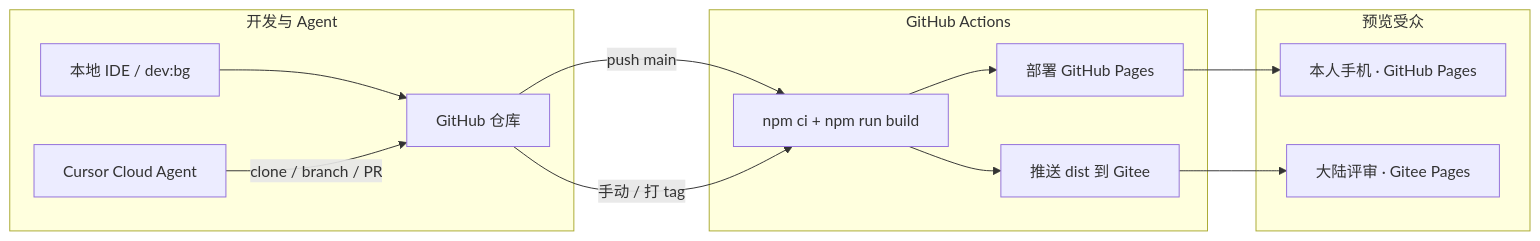
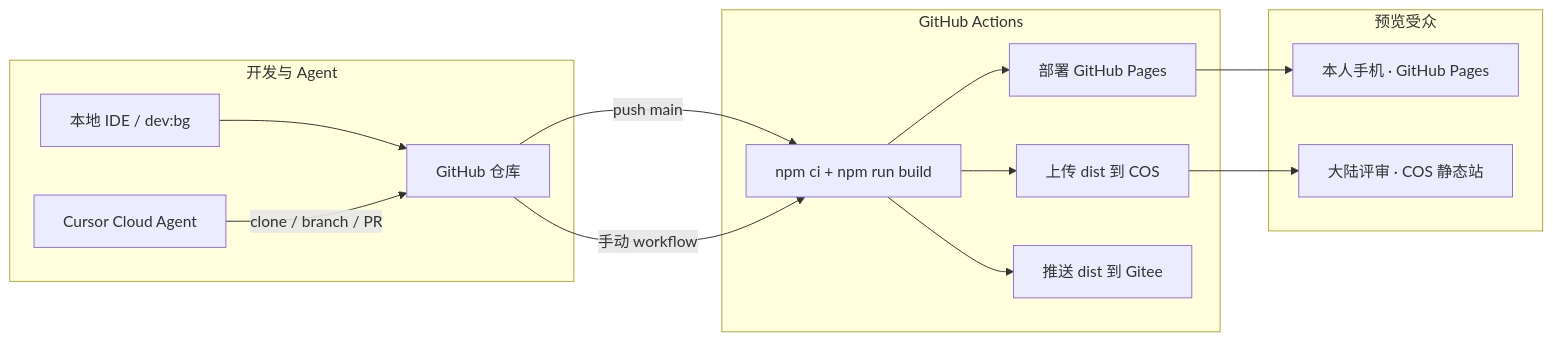
The diagram in docs/DEPLOY-SOP.md (MCdigital-design/tank-diagnosis-platform), drawn with Mermaid before and after one commit. The commit also changed other lines of this file and 19 other files, not shown here.

````diff
--- a/docs/DEPLOY-SOP.md
+++ b/docs/DEPLOY-SOP.md
@@ -30,27 +30,29 @@
 ```mermaid
 flowchart LR
   subgraph dev [开发与 Agent]
     Local[本地 IDE / dev:bg]
     GH[GitHub 仓库]
     CA[Cursor Cloud Agent]
     Local --> GH
     CA -->|clone / branch / PR| GH
   end
 
   subgraph ci [GitHub Actions]
     Build[npm ci + npm run build]
     GHP[部署 GitHub Pages]
+    COSPush[上传 dist 到 COS]
     GiteePush[推送 dist 到 Gitee]
     GH -->|push main| Build
     Build --> GHP
-    GH -->|手动 / 打 tag| Build
+    GH -->|手动 workflow| Build
+    Build --> COSPush
     Build --> GiteePush
   end
 
   subgraph preview [预览受众]
     Mobile[本人手机 · GitHub Pages]
-    CN[大陆评审 · Gitee Pages]
+    CN[大陆评审 · COS 静态站]
     GHP --> Mobile
-    GiteePush --> CN
+    COSPush --> CN
   end
 ```
````
